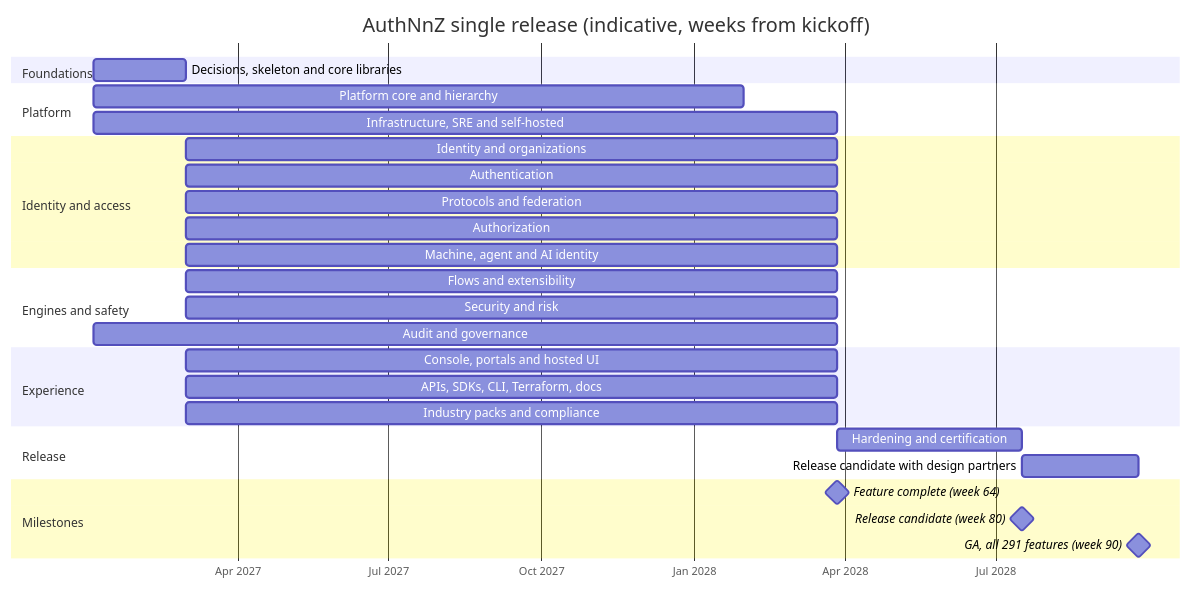
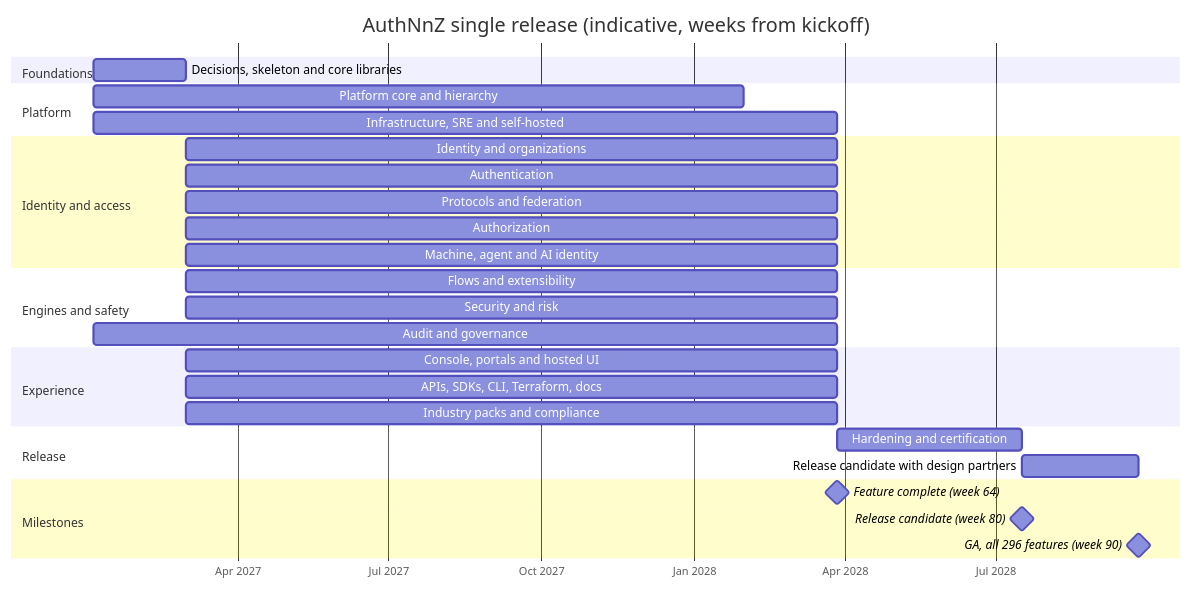
The diagram in docs/plan/05-roadmap-and-delivery.md (antonyrejith/AuthNnZ), drawn with Mermaid before and after one commit. The commit also changed other lines of this file and 6 other files, not shown here.

````diff
--- a/docs/plan/05-roadmap-and-delivery.md
+++ b/docs/plan/05-roadmap-and-delivery.md
@@ -37,32 +37,32 @@
 ```mermaid
 gantt
     title AuthNnZ single release (indicative, weeks from kickoff)
     dateFormat YYYY-MM-DD
     axisFormat %b %Y
     section Foundations
     Decisions, skeleton and core libraries :f, 2027-01-04, 8w
     section Platform
     Platform core and hierarchy          :2027-01-04, 56w
     Infrastructure, SRE and self-hosted  :2027-01-04, 64w
     section Identity and access
     Identity and organizations           :2027-03-01, 56w
     Authentication                       :2027-03-01, 56w
     Protocols and federation             :2027-03-01, 56w
     Authorization                        :2027-03-01, 56w
     Machine, agent and AI identity       :2027-03-01, 56w
     section Engines and safety
     Flows and extensibility              :2027-03-01, 56w
     Security and risk                    :2027-03-01, 56w
     Audit and governance                 :2027-01-04, 64w
     section Experience
     Console, portals and hosted UI       :2027-03-01, 56w
     APIs, SDKs, CLI, Terraform, docs     :2027-03-01, 56w
     Industry packs and compliance        :2027-03-01, 56w
     section Release
     Hardening and certification          :h, 2028-03-27, 16w
     Release candidate with design partners :rc, 2028-07-17, 10w
     section Milestones
     Feature complete (week 64)           :milestone, 2028-03-27, 0d
     Release candidate (week 80)          :milestone, 2028-07-17, 0d
-    GA, all 291 features (week 90)       :milestone, 2028-09-25, 0d
+    GA, all 296 features (week 90)       :milestone, 2028-09-25, 0d
 ```
````
